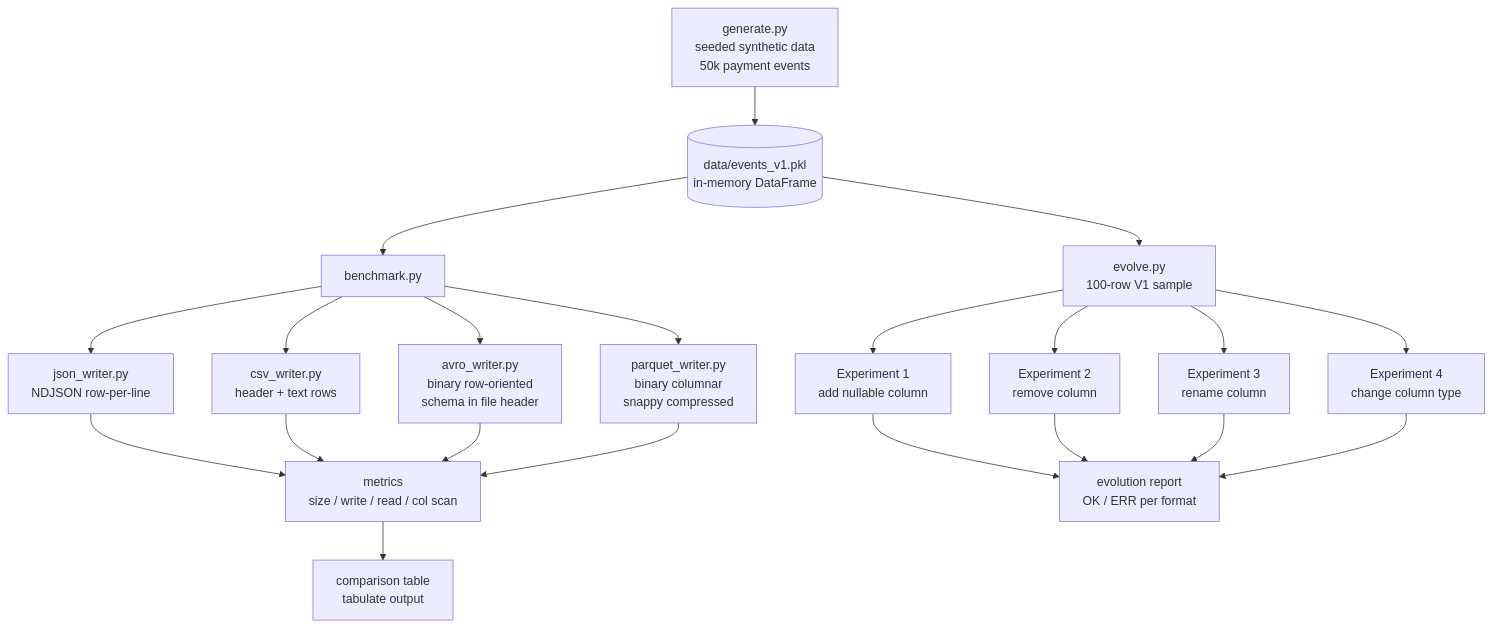
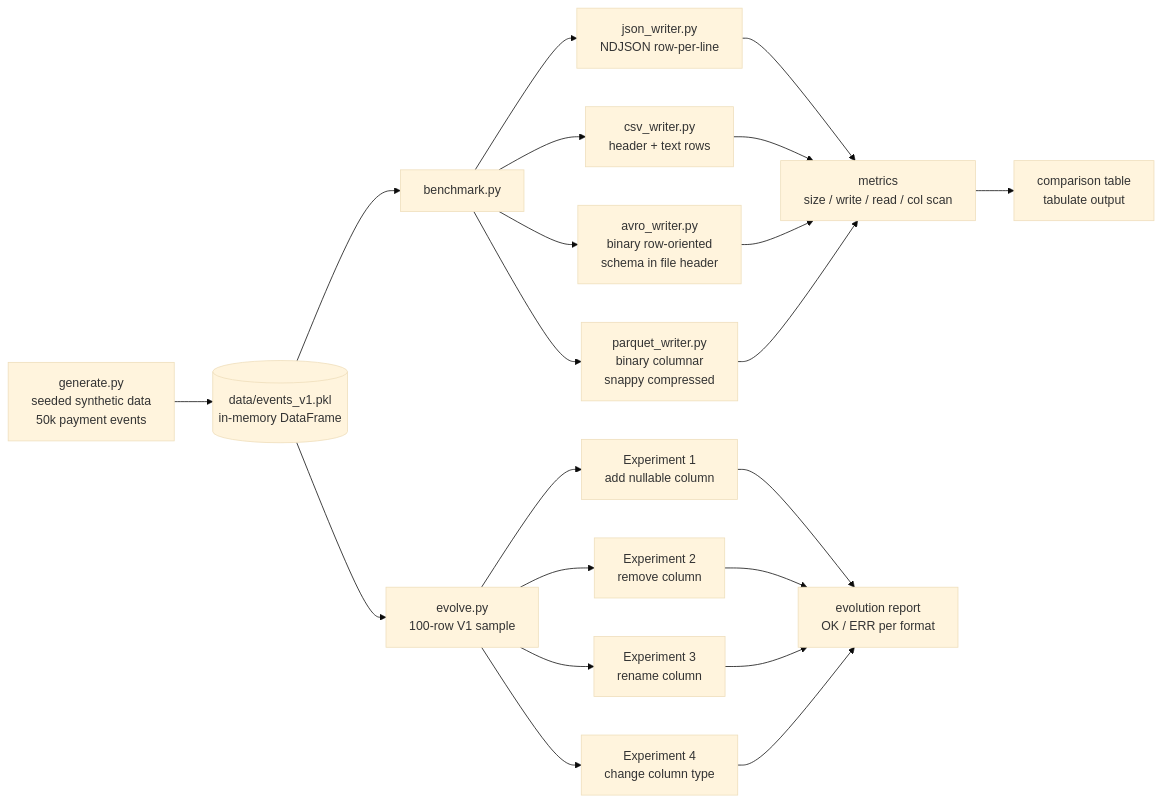
Before and after one commit to FullStackDataOrg/data-serialization: the diagram in architecture.mmd, drawn with Mermaid.

Commit message:
architecture improvement v2

```diff
--- a/architecture.mmd
+++ b/architecture.mmd
@@ -1,29 +1,29 @@
-%%{init: {'theme': 'base', 'themeVariables': {'fontSize': '18px'}, 'flowchart': {'nodeSpacing': 60, 'rankSpacing': 80}}} }%%
-flowchart TD
+%%{init: {'theme': 'base', 'themeVariables': {'fontSize': '16px'}}}%%
+flowchart LR
     A[generate.py\nseeded synthetic data\n50k payment events] --> B[(data/events_v1.pkl\nin-memory DataFrame)]
 
     B --> C[benchmark.py]
 
     C --> D[json_writer.py\nNDJSON row-per-line]
     C --> E[csv_writer.py\nheader + text rows]
     C --> F[avro_writer.py\nbinary row-oriented\nschema in file header]
     C --> G[parquet_writer.py\nbinary columnar\nsnappy compressed]
 
     D --> H[metrics\nsize / write / read / col scan]
     E --> H
     F --> H
     G --> H
 
     H --> I[comparison table\ntabulate output]
 
     B --> J[evolve.py\n100-row V1 sample]
 
     J --> K[Experiment 1\nadd nullable column]
     J --> L[Experiment 2\nremove column]
     J --> M[Experiment 3\nrename column]
     J --> N[Experiment 4\nchange column type]
 
     K --> O[evolution report\nOK / ERR per format]
     L --> O
     M --> O
     N --> O
```
